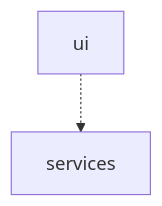
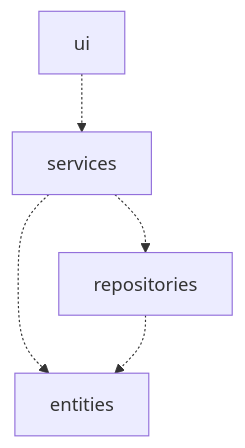
One commit to annica-henriette/ot-harjoitustyo changed the first of 5 diagrams in dokumentaatio/arkkitehtuuri.md. Above: the diagram before and after it, drawn with Mermaid.

Commit message:
documentation

````diff
--- a/dokumentaatio/arkkitehtuuri.md
+++ b/dokumentaatio/arkkitehtuuri.md
@@ -6,4 +6,7 @@
 ```mermaid
 flowchart TD
     ui-.->services
+    services-.->repositories
+    services-.->entities
+    repositories-.->entities
 ```
````
